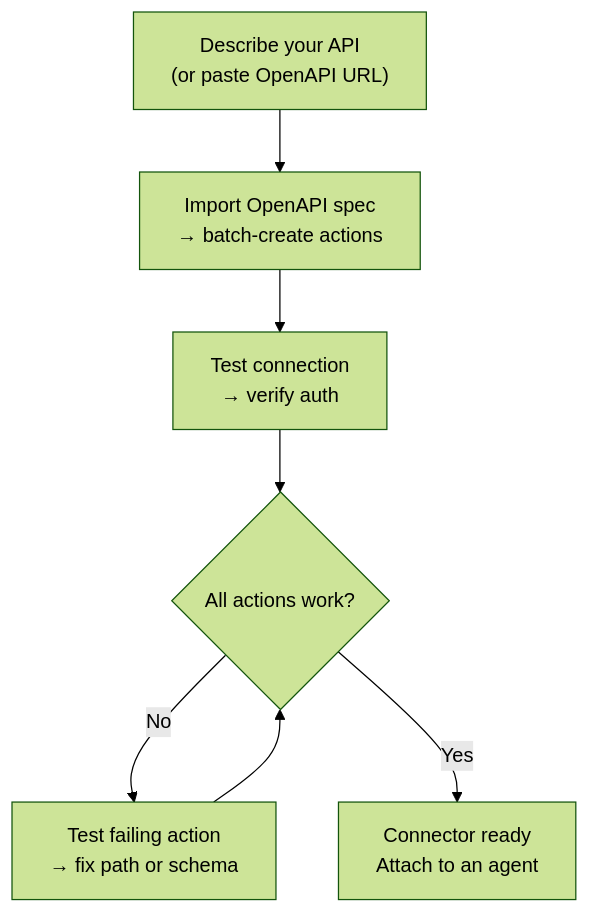
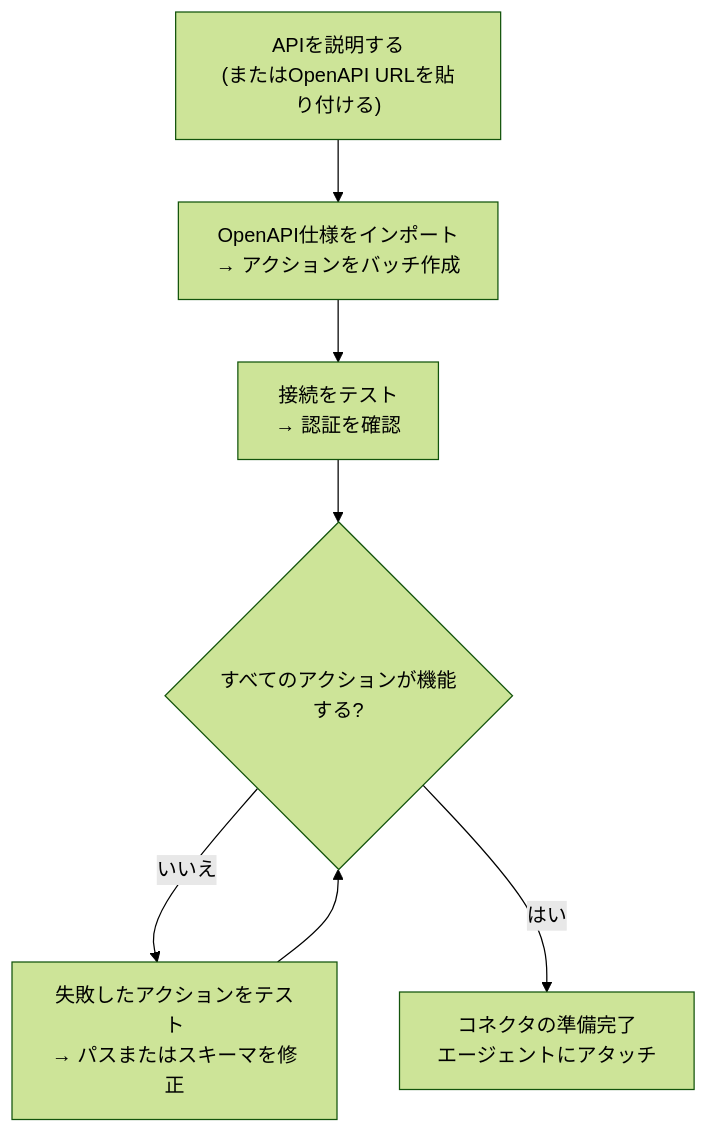
Before and after one commit to lucky20160622/fim-one: the first of 2 diagrams in docs/ja/concepts/ai-builder.mdx, drawn with Mermaid (forest theme). The commit also changed other lines of this file and 141 other files, not shown here.

````diff
--- a/docs/ja/concepts/ai-builder.mdx
+++ b/docs/ja/concepts/ai-builder.mdx
@@ -33,10 +41,10 @@
 ```mermaid
 flowchart TD
-  A["Describe your API<br/>(or paste OpenAPI URL)"]
-  A --> B["Import OpenAPI spec<br/>→ batch-create actions"]
-  B --> C["Test connection<br/>→ verify auth"]
-  C --> D{"All actions work?"}
-  D -- No --> E["Test failing action<br/>→ fix path or schema"]
+  A["APIを説明する<br/>(またはOpenAPI URLを貼り付ける)"]
+  A --> B["OpenAPI仕様をインポート<br/>→ アクションをバッチ作成"]
+  B --> C["接続をテスト<br/>→ 認証を確認"]
+  C --> D{"すべてのアクションが機能する?"}
+  D -- いいえ --> E["失敗したアクションをテスト<br/>→ パスまたはスキーマを修正"]
   E --> D
-  D -- Yes --> F["Connector ready<br/>Attach to an agent"]
+  D -- はい --> F["コネクタの準備完了<br/>エージェントにアタッチ"]
 ```
````
